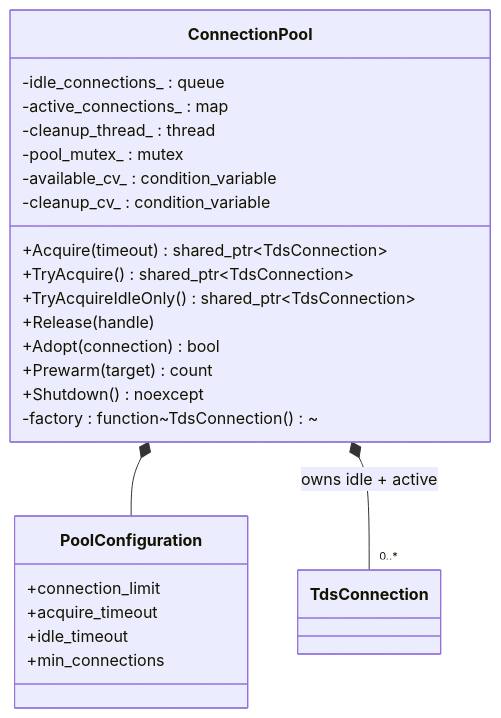
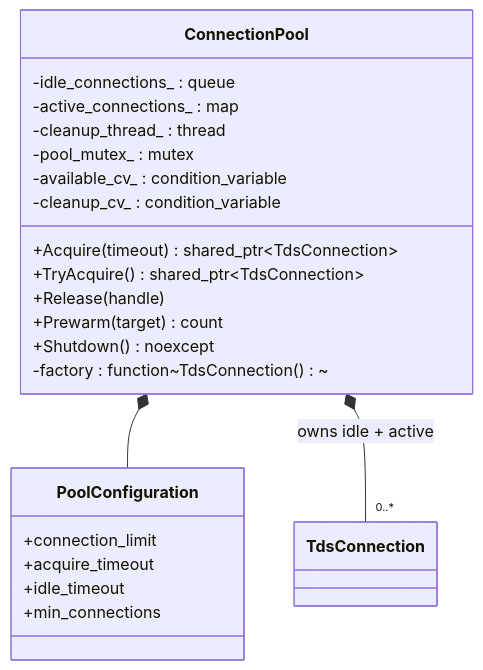
One commit to hugr-lab/mssql-extension changed the fourth of 15 diagrams in DATAMODEL.md. Above: the diagram before and after it, drawn with Mermaid. The commit also changed other lines of this file and 22 other files, not shown here.

````diff
--- a/DATAMODEL.md
+++ b/DATAMODEL.md
@@ -165,27 +165,25 @@
 ```mermaid
 classDiagram
     class ConnectionPool {
         +Acquire(timeout) shared_ptr~TdsConnection~
         +TryAcquire() shared_ptr~TdsConnection~
-        +TryAcquireIdleOnly() shared_ptr~TdsConnection~
         +Release(handle)
-        +Adopt(connection) bool
         +Prewarm(target) count
         +Shutdown() noexcept
         -factory : function~TdsConnection()~
         -idle_connections_ : queue
         -active_connections_ : map
         -cleanup_thread_ : thread
         -pool_mutex_ : mutex
         -available_cv_ : condition_variable
         -cleanup_cv_ : condition_variable
     }
     class PoolConfiguration {
         +connection_limit
         +acquire_timeout
         +idle_timeout
         +min_connections
     }
     ConnectionPool *-- PoolConfiguration
     ConnectionPool *-- "0..*" TdsConnection : owns idle + active
 ```
````
